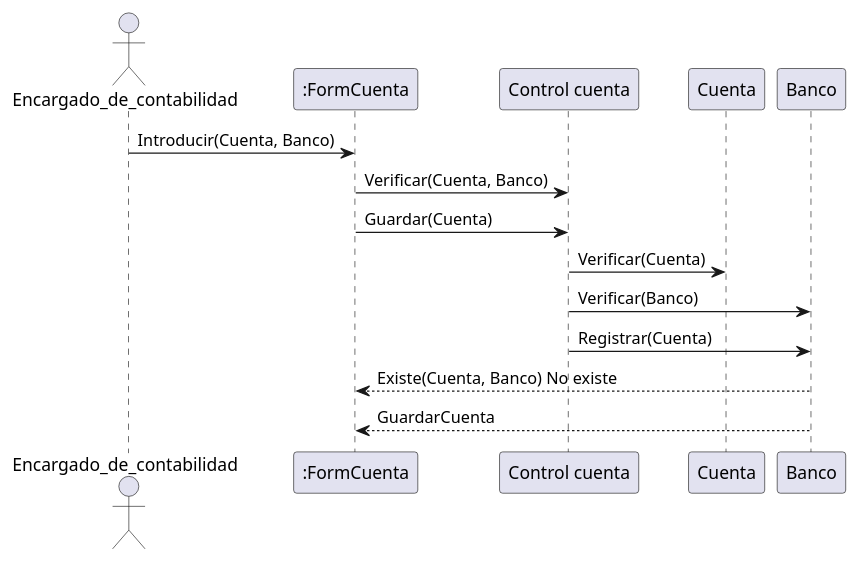
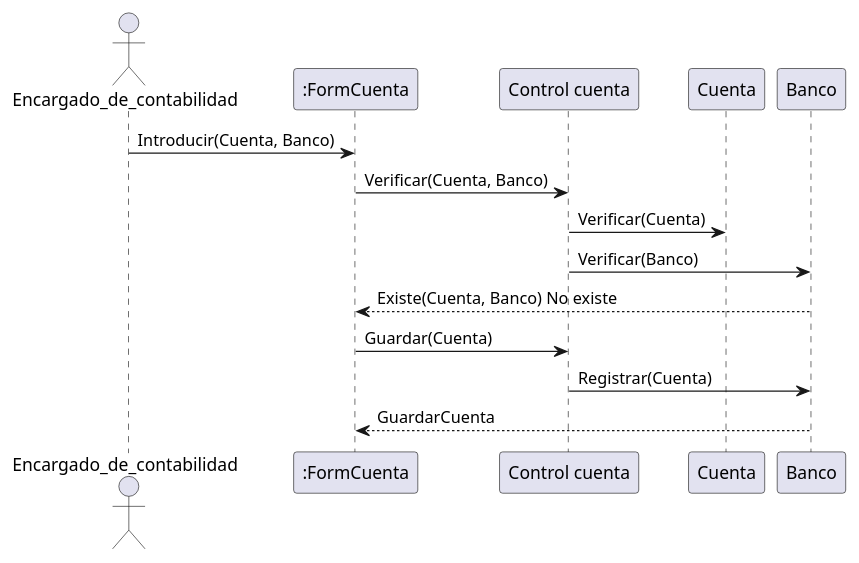
The diagram in Caso Balanceo/Diagrama de secuencia/5. Verificar cuenta empresa.plantuml (ricardoasinr/Sistemas-de-la-informacion), drawn with PlantUML before and after one commit. The commit also changed 1 other file, not shown here.

Commit message:
Diagramas de secuencia 5 corregido

```diff
--- a/Caso Balanceo/Diagrama de secuencia/5. Verificar cuenta empresa.plantuml
+++ b/Caso Balanceo/Diagrama de secuencia/5. Verificar cuenta empresa.plantuml
@@ -1,22 +1,28 @@
 @startuml 5. Verificar cuenta empresa
 
 actor Encargado_de_contabilidad
 
 
 Encargado_de_contabilidad -> ":FormCuenta": Introducir(Cuenta, Banco)
 
 
 ":FormCuenta" -> "Control cuenta": Verificar(Cuenta, Banco)
-":FormCuenta" -> "Control cuenta": Guardar(Cuenta) 
 
 "Control cuenta" -> "Cuenta": Verificar(Cuenta)
 "Control cuenta" -> "Banco": Verificar(Banco) 
+
+"Banco" --> ":FormCuenta": Existe(Cuenta, Banco) No existe 
+
+
+":FormCuenta" -> "Control cuenta": Guardar(Cuenta) 
+
+
 "Control cuenta" -> "Banco": Registrar(Cuenta) 
 
-"Banco" --> ":FormCuenta": Existe(Cuenta, Banco) No existe 
+
 "Banco" --> ":FormCuenta": GuardarCuenta
 
 
 
 
 @enduml
```
